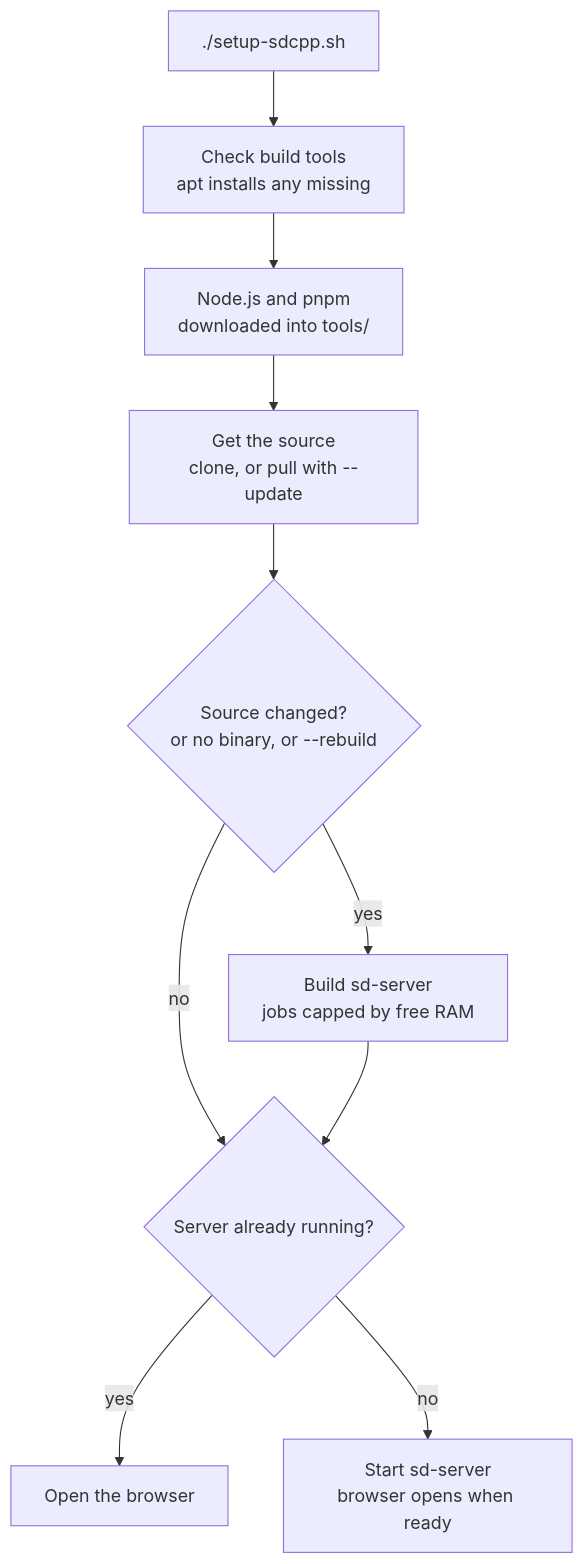
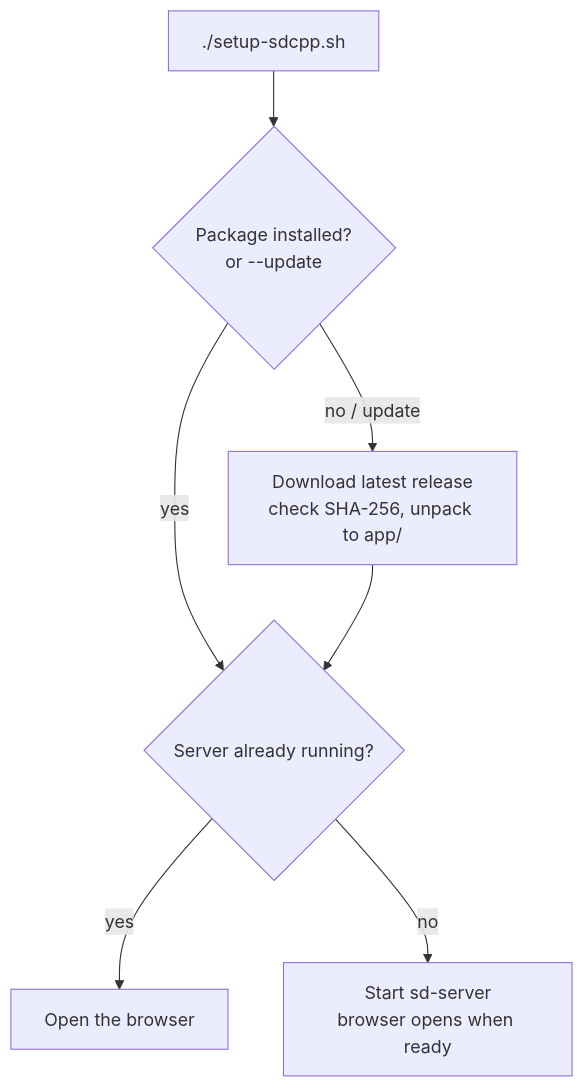
The diagram in examples/server/README.md (forevion/forevion-sdcpp), drawn with Mermaid before and after one commit. The commit also changed other lines of this file, not shown here.

Commit message:
docs(server): document release packages and the download-first setup script

````diff
--- a/examples/server/README.md
+++ b/examples/server/README.md
@@ -43,12 +56,9 @@
 ```mermaid
 flowchart TD
-    A["./setup-sdcpp.sh"] --> B["Check build tools<br/>apt installs any missing"]
-    B --> C["Node.js and pnpm<br/>downloaded into tools/"]
-    C --> D["Get the source<br/>clone, or pull with --update"]
-    D --> E{"Source changed?<br/>or no binary, or --rebuild"}
-    E -- yes --> F["Build sd-server<br/>jobs capped by free RAM"]
-    E -- no --> G{"Server already running?"}
-    F --> G
-    G -- yes --> H["Open the browser"]
-    G -- no --> I["Start sd-server<br/>browser opens when ready"]
+    A["./setup-sdcpp.sh"] --> B{"Package installed?<br/>or --update"}
+    B -- no / update --> C["Download latest release<br/>check SHA-256, unpack to app/"]
+    B -- yes --> D{"Server already running?"}
+    C --> D
+    D -- yes --> E["Open the browser"]
+    D -- no --> F["Start sd-server<br/>browser opens when ready"]
 ```
````
